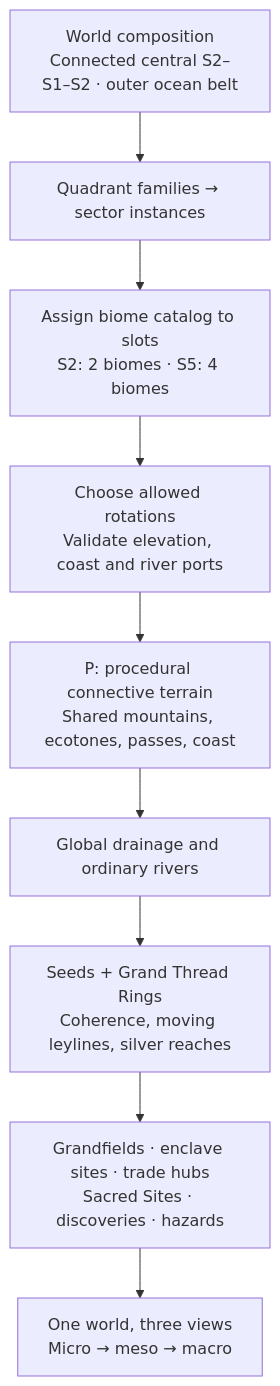
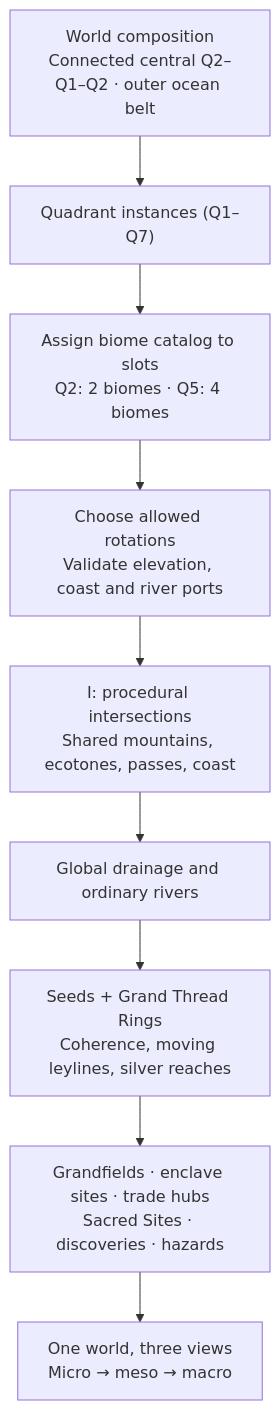
One commit to AdassioST/GatewayToGenesis_Unity changed the diagram in Assets/GatewayToGenesis/Scripts/ROADMAP.md. Above: the diagram before and after it, drawn with Mermaid. The commit also changed other lines of this file and 748 other files, not shown here.

````diff
--- a/Assets/GatewayToGenesis/Scripts/ROADMAP.md
+++ b/Assets/GatewayToGenesis/Scripts/ROADMAP.md
@@ -128,11 +128,11 @@
 ```mermaid
 flowchart TD
-    WORLD["World composition<br/>Connected central S2–S1–S2 · outer ocean belt"] --> SECTOR["Quadrant families → sector instances"]
-    SECTOR --> SLOTS["Assign biome catalog to slots<br/>S2: 2 biomes · S5: 4 biomes"]
+    WORLD["World composition<br/>Connected central Q2–Q1–Q2 · outer ocean belt"] --> QUADRANT["Quadrant instances (Q1–Q7)"]
+    QUADRANT --> SLOTS["Assign biome catalog to slots<br/>Q2: 2 biomes · Q5: 4 biomes"]
     SLOTS --> TURN["Choose allowed rotations<br/>Validate elevation, coast and river ports"]
-    TURN --> P["P: procedural connective terrain<br/>Shared mountains, ecotones, passes, coast"]
-    P --> WATER["Global drainage and ordinary rivers"]
+    TURN --> I["I: procedural intersections<br/>Shared mountains, ecotones, passes, coast"]
+    I --> WATER["Global drainage and ordinary rivers"]
     WATER --> MAGIC["Seeds + Grand Thread Rings<br/>Coherence, moving leylines, silver reaches"]
     MAGIC --> PLACES["Grandfields · enclave sites · trade hubs<br/>Sacred Sites · discoveries · hazards"]
     PLACES --> ZOOM["One world, three views<br/>Micro → meso → macro"]
 ```
````
